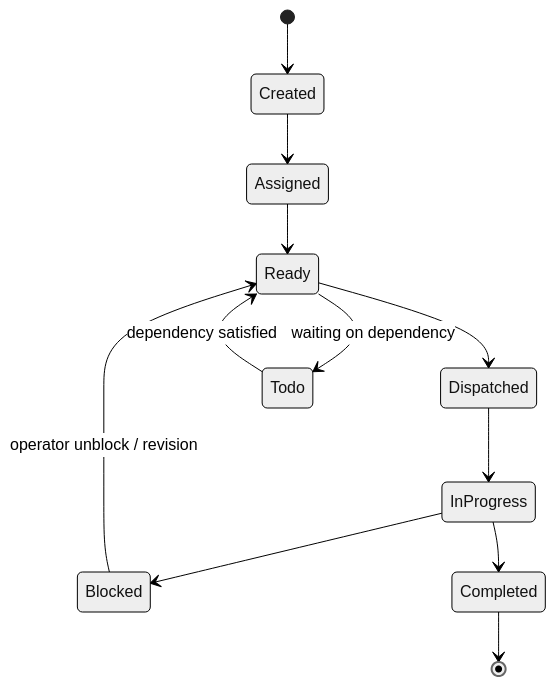
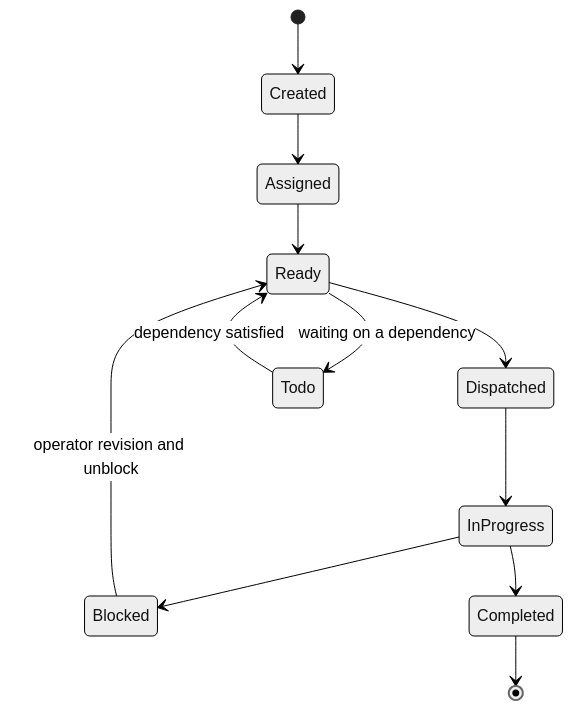
One commit to georgecejr/hermes-agent-security-automation-lab changed the second of 3 diagrams in README.md. Above: the diagram before and after it, drawn with Mermaid (neutral theme). The commit also changed other lines of this file and 4 other files, not shown here.

````diff
--- a/README.md
+++ b/README.md
@@ -308,14 +258,14 @@
 ```mermaid
 stateDiagram-v2
     [*] --> Created
     Created --> Assigned
     Assigned --> Ready
     Ready --> Dispatched
     Dispatched --> InProgress
     InProgress --> Blocked
-    Blocked --> Ready: operator unblock / revision
+    Blocked --> Ready: operator revision and unblock
     InProgress --> Completed
     Completed --> [*]
-    Ready --> Todo: waiting on dependency
+    Ready --> Todo: waiting on a dependency
     Todo --> Ready: dependency satisfied
 ```
````
